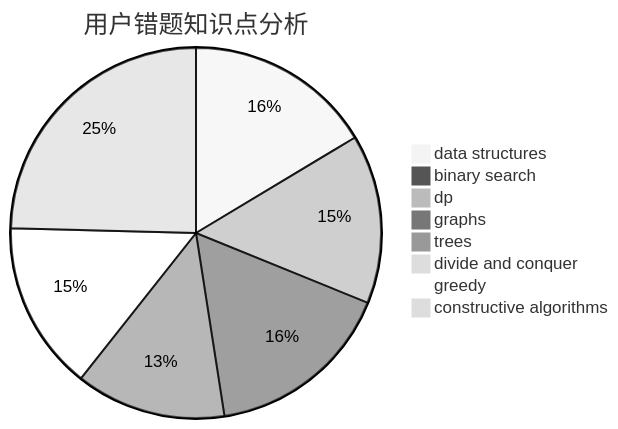
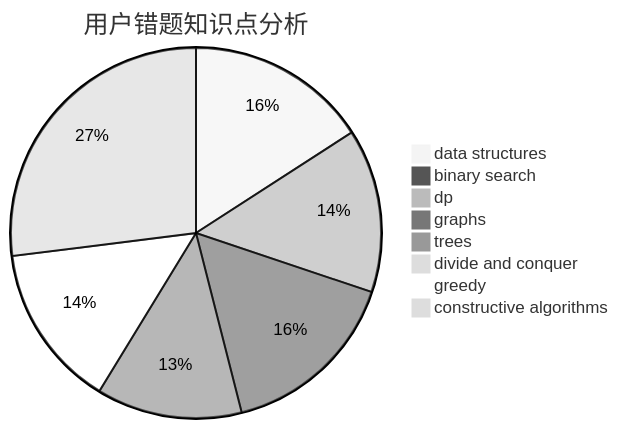
Before and after one commit to sherpahu/cfrs.github.io: the third of 3 diagrams in docs/user/u120.md, drawn with Mermaid (neutral theme). The commit also changed other lines of this file and 2770 other files, not shown here.

````diff
--- a/docs/user/u120.md
+++ b/docs/user/u120.md
@@ -36,11 +36,11 @@
 ```mermaid
 pie title 用户错题知识点分析
     "data structures" :  10
     "binary search" :  0
     "dp" :  9
     "graphs" :  10
     "trees" :  8
     "divide and conquer" :  0
     "greedy" :  9
-    "constructive algorithms" :  15
+    "constructive algorithms" :  17
 ```
````
